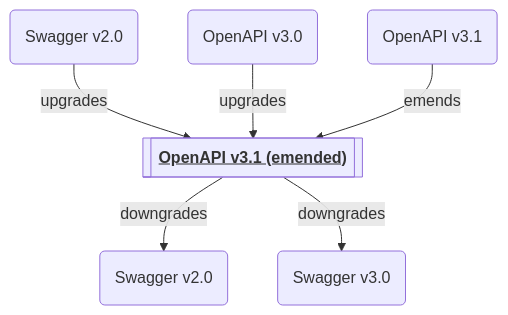
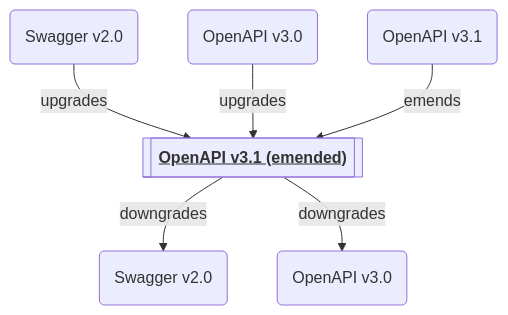
Before and after one commit to samchon/openapi: the second of 3 diagrams in README.md, drawn with Mermaid. The commit also changed other lines of this file and 1 other file, not shown here.

Commit message:
Re-write README for universal LLM schemas

````diff
--- a/README.md
+++ b/README.md
@@ -95,8 +102,8 @@
 ```mermaid
-flowchart
-  v20(Swagger v2.0) --upgrades--> emended[["<b><u>OpenAPI v3.1 (emended)</u></b>"]]
-  v30(OpenAPI v3.0) --upgrades--> emended
-  v31(OpenAPI v3.1) --emends--> emended
-  emended --downgrades--> v20d(Swagger v2.0)
-  emended --downgrades--> v30d(Swagger v3.0)
+flowchart TB
+v20(Swagger v2.0) --upgrades--> emended[["<b><u>OpenAPI v3.1 (emended)</u></b>"]]
+v30(OpenAPI v3.0) --upgrades--> emended
+v31(OpenAPI v3.1) --emends--> emended
+emended --downgrades--> v20d(Swagger v2.0)
+emended --downgrades--> v30d(OpenAPI v3.0)
 ```
````
